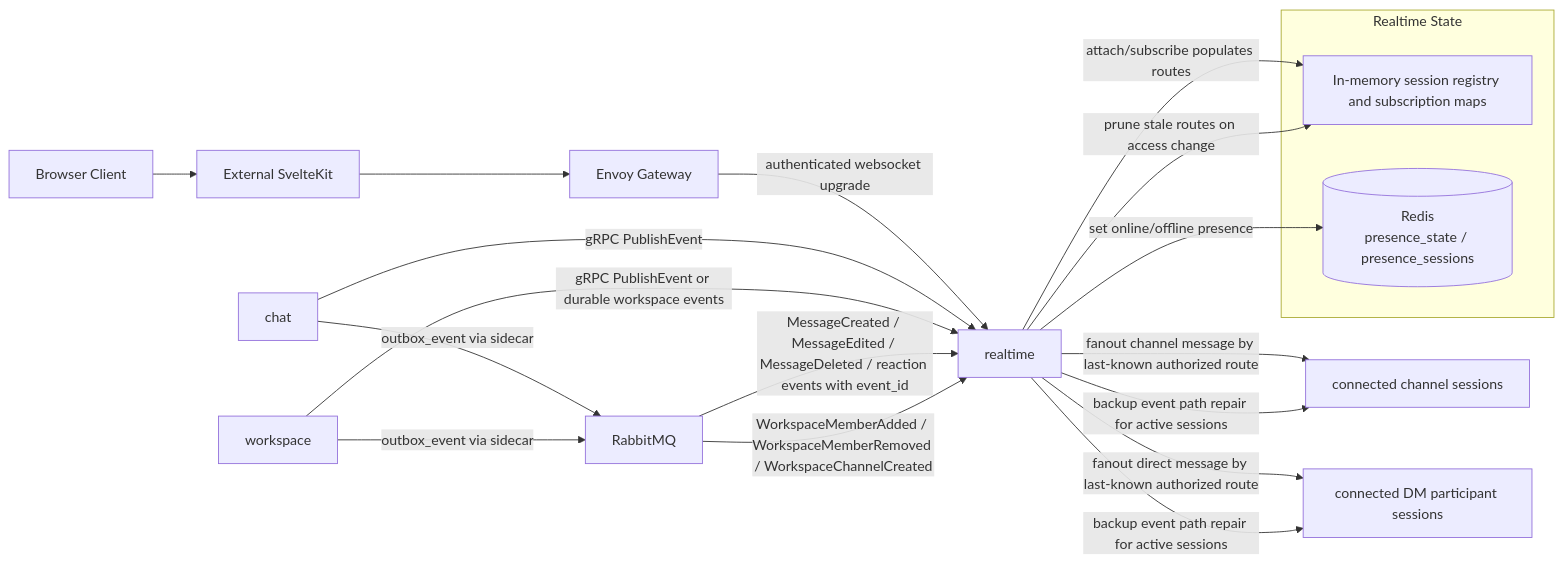
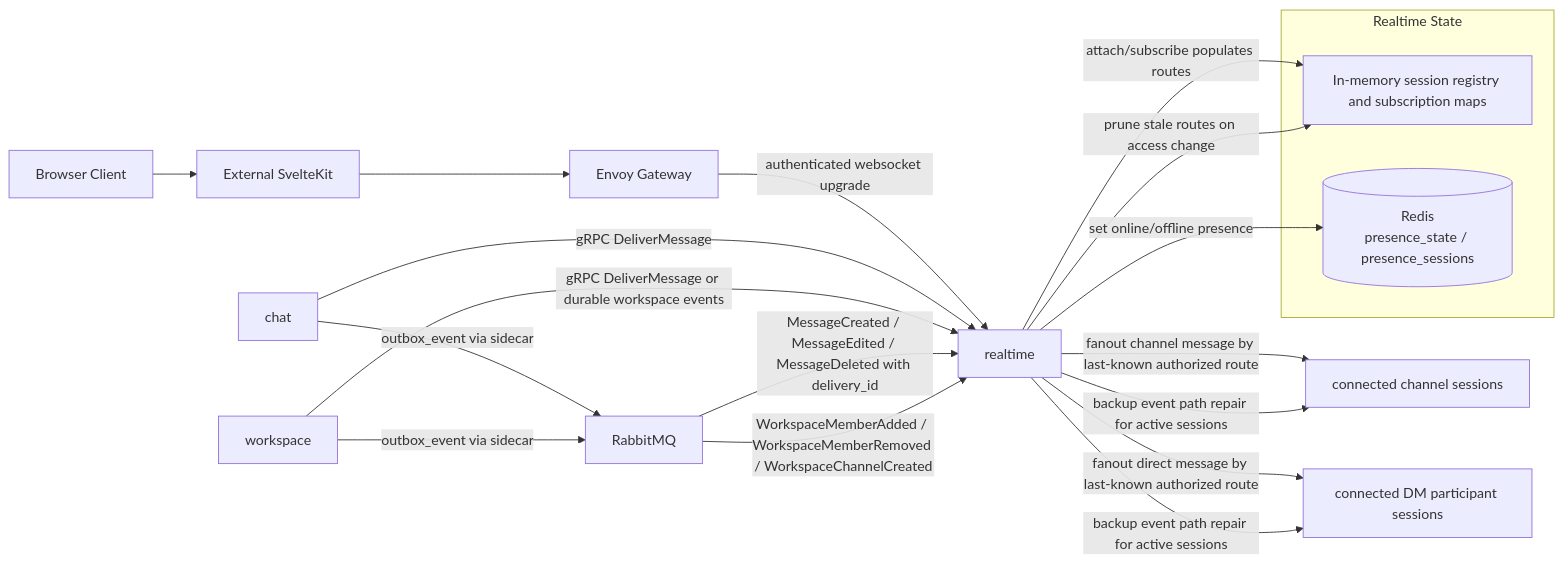
One commit to nthnf/Relay changed the diagram in docs/service/realtime/diagram.md. Above: the diagram before and after it, drawn with Mermaid. The commit also changed other lines of this file and 28 other files, not shown here.

````diff
--- a/docs/service/realtime/diagram.md
+++ b/docs/service/realtime/diagram.md
@@ -3,31 +3,31 @@
 ```mermaid
 flowchart LR
     Browser[Browser Client] --> App[External SvelteKit]
     App --> Gateway[Envoy Gateway]
     Gateway -->|authenticated websocket upgrade| Realtime[realtime]
     Realtime -->|attach/subscribe populates routes| Routes[In-memory session registry and subscription maps]
 
-    Chat[chat] -->|gRPC PublishEvent| Realtime
+    Chat[chat] -->|gRPC DeliverMessage| Realtime
 
     Realtime -->|fanout channel message by last-known authorized route| WS1[connected channel sessions]
     Realtime -->|fanout direct message by last-known authorized route| WS2[connected DM participant sessions]
 
-    Workspace[workspace] -->|gRPC PublishEvent or durable workspace events| Realtime
+    Workspace[workspace] -->|gRPC DeliverMessage or durable workspace events| Realtime
 
     subgraph Realtime State
         Routes
         Redis[(Redis\npresence_state / presence_sessions)]
     end
 
     Realtime -->|set online/offline presence| Redis
 
     Chat -->|outbox_event via sidecar| RabbitMQ[RabbitMQ]
     Workspace -->|outbox_event via sidecar| RabbitMQ
 
-    RabbitMQ -->|MessageCreated / MessageEdited / MessageDeleted / reaction events with event_id| Realtime
+    RabbitMQ -->|MessageCreated / MessageEdited / MessageDeleted with delivery_id| Realtime
     RabbitMQ -->|WorkspaceMemberAdded / WorkspaceMemberRemoved / WorkspaceChannelCreated| Realtime
 
     Realtime -->|prune stale routes on access change| Routes
     Realtime -->|backup event path repair for active sessions| WS1
     Realtime -->|backup event path repair for active sessions| WS2
 ```
````
